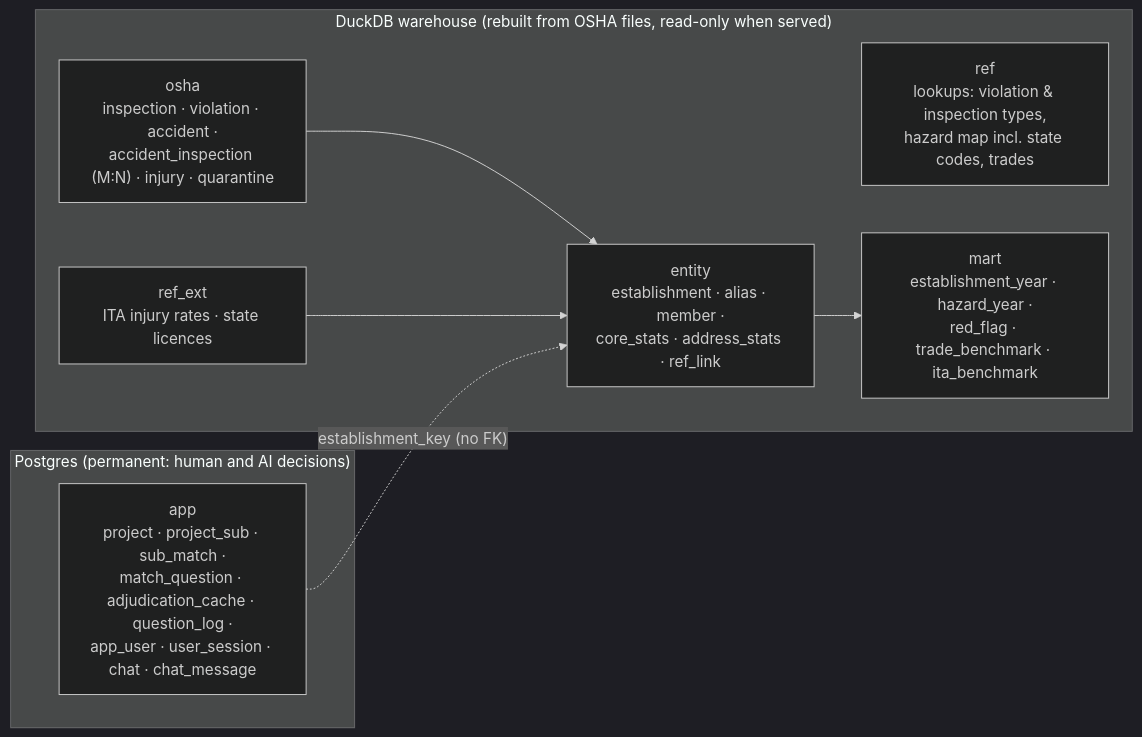
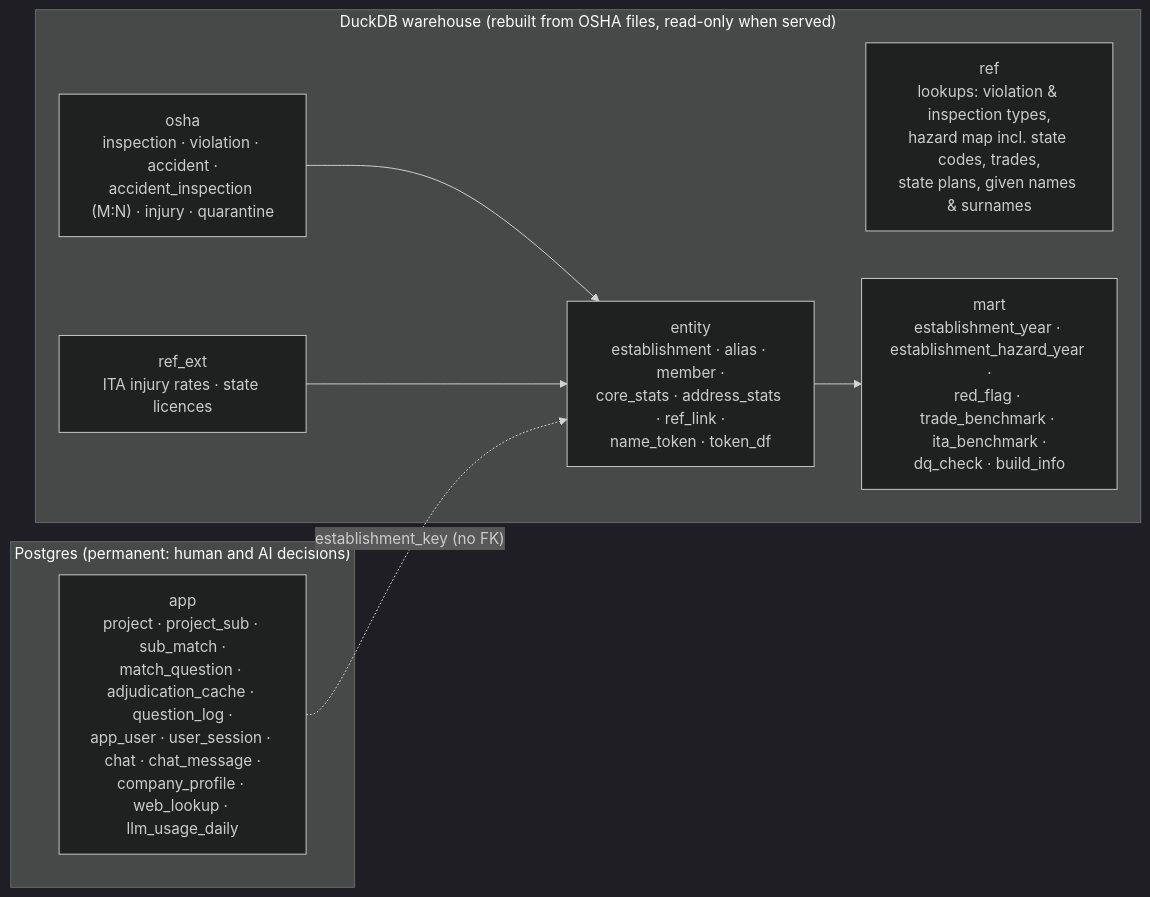
One commit to peterhyland0/site-safety-intelligence changed the fifth of 5 diagrams in README.md. Above: the diagram before and after it, drawn with Mermaid (dark theme). The commit also changed other lines of this file and 5 other files, not shown here.

````diff
--- a/README.md
+++ b/README.md
@@ -164,16 +165,16 @@
 ```mermaid
 flowchart LR
   subgraph DuckDB["DuckDB warehouse (rebuilt from OSHA files, read-only when served)"]
-    ref["ref<br/>lookups: violation &amp; inspection types,<br/>hazard map incl. state codes, trades"]
+    ref["ref<br/>lookups: violation &amp; inspection types,<br/>hazard map incl. state codes, trades,<br/>state plans, given names &amp; surnames"]
     osha["osha<br/>inspection · violation · accident ·<br/>accident_inspection (M:N) · injury · quarantine"]
-    entity["entity<br/>establishment · alias · member ·<br/>core_stats · address_stats · ref_link"]
+    entity["entity<br/>establishment · alias · member ·<br/>core_stats · address_stats · ref_link ·<br/>name_token · token_df"]
     refext["ref_ext<br/>ITA injury rates · state licences"]
-    mart["mart<br/>establishment_year · hazard_year ·<br/>red_flag · trade_benchmark · ita_benchmark"]
+    mart["mart<br/>establishment_year · establishment_hazard_year ·<br/>red_flag · trade_benchmark · ita_benchmark ·<br/>dq_check · build_info"]
   end
   subgraph Postgres["Postgres (permanent: human and AI decisions)"]
-    app["app<br/>project · project_sub · sub_match ·<br/>match_question · adjudication_cache · question_log ·<br/>app_user · user_session · chat · chat_message"]
+    app["app<br/>project · project_sub · sub_match ·<br/>match_question · adjudication_cache · question_log ·<br/>app_user · user_session · chat · chat_message ·<br/>company_profile · web_lookup · llm_usage_daily"]
   end
   osha --> entity --> mart
   refext --> entity
   app -. "establishment_key (no FK)" .-> entity
 ```
````
